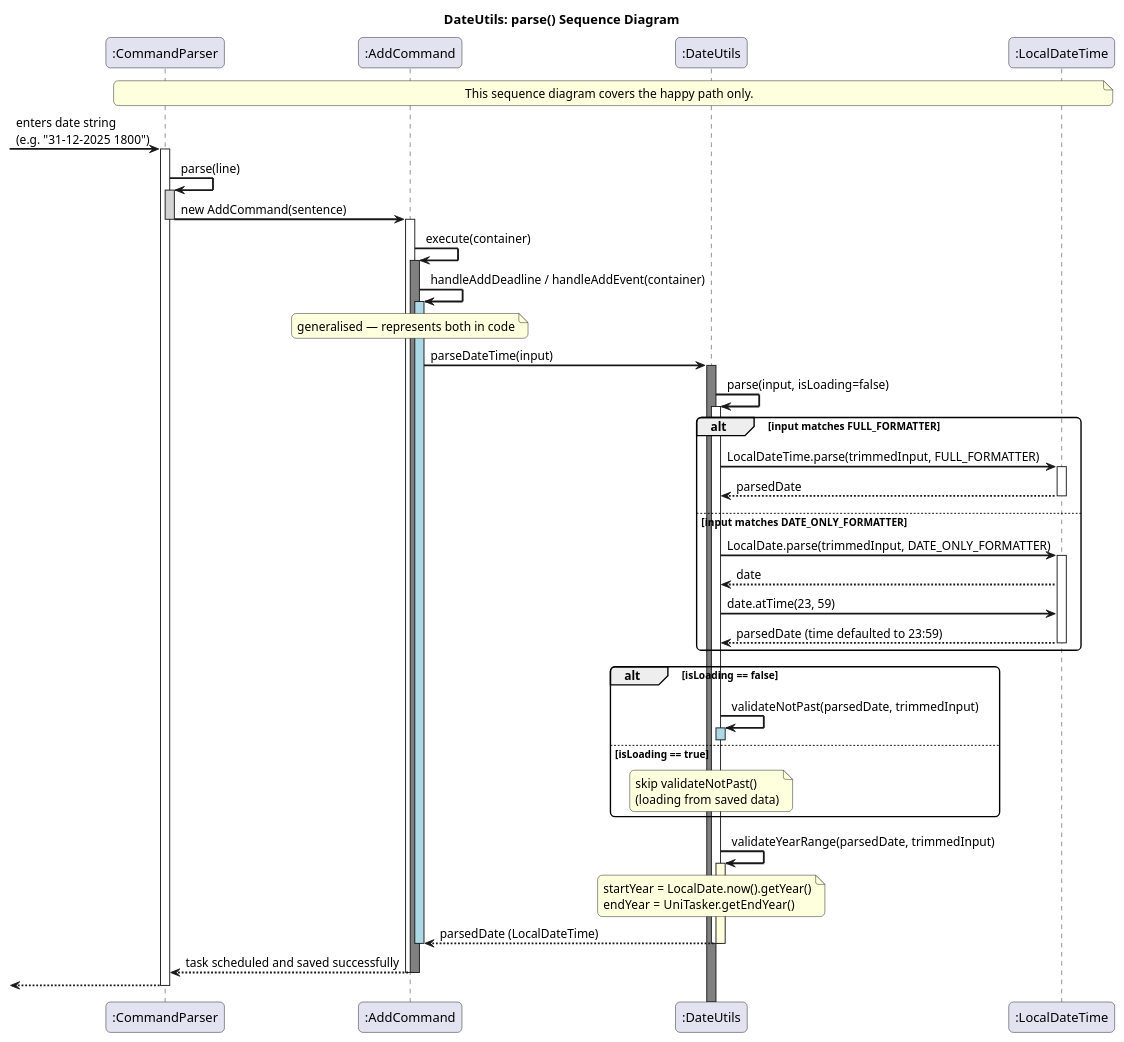
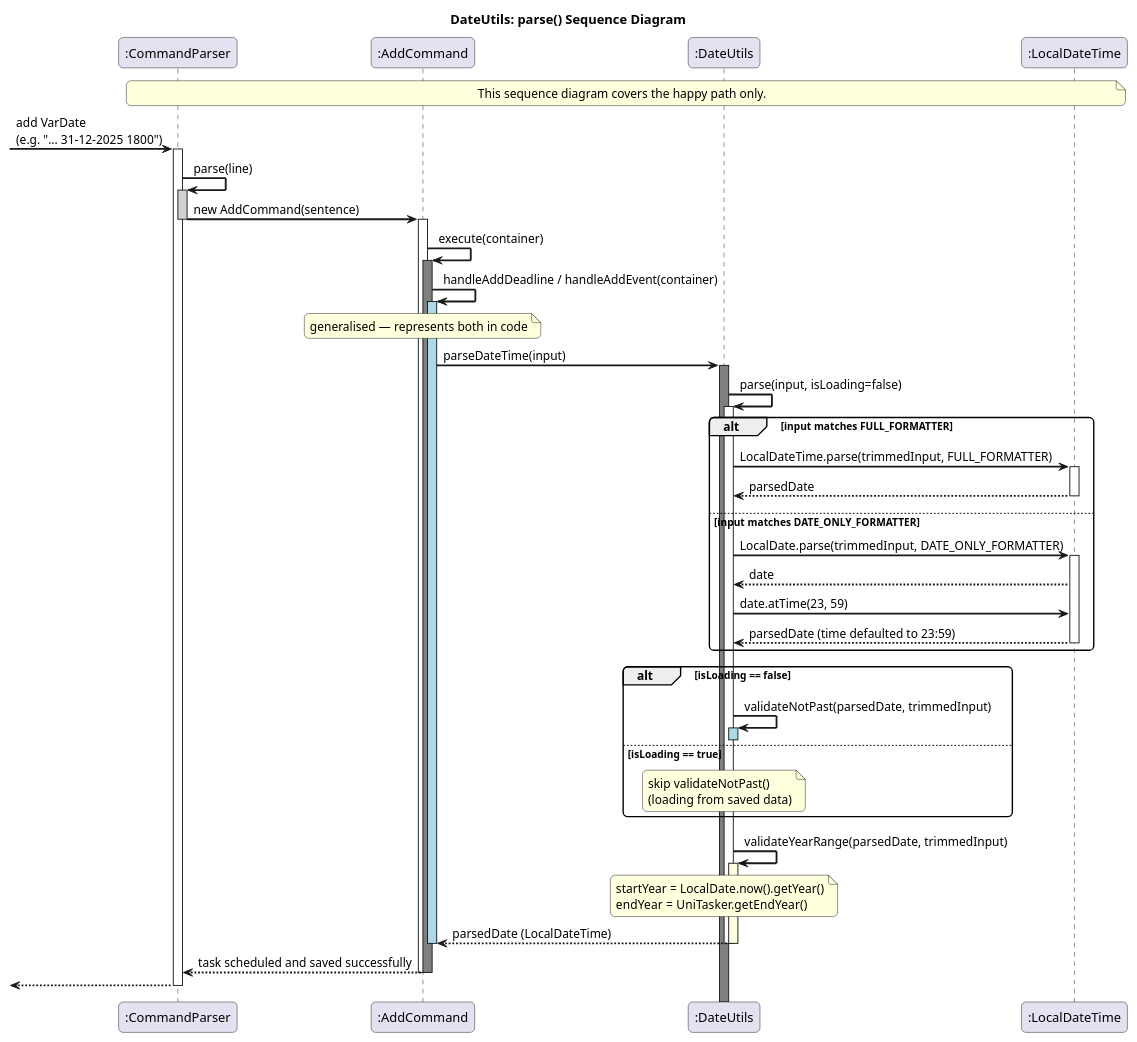
One commit to sushmiithaa/tp changed the diagram in docs/puml/DateUtils.puml. Above: the diagram before and after it, drawn with PlantUML. The commit also changed 4 other files, not shown here.

Commit message:
Updated UML to adhere to standards

```diff
--- a/docs/puml/DateUtils.puml
+++ b/docs/puml/DateUtils.puml
@@ -1,77 +1,78 @@
 @startuml DateUtilsSequenceDiagram
 !pragma teoz true
+
 
 skinparam sequenceArrowThickness 2
 skinparam roundcorner 10
 
 title DateUtils: parse() Sequence Diagram
 
 participant ":CommandParser" as CP
 participant ":AddCommand" as AC
 participant ":DateUtils" as DU
 participant ":LocalDateTime" as LDT
 
 note over CP, LDT : This sequence diagram covers the happy path only.
 
--> CP : enters date string\n(e.g. "31-12-2025 1800")
+-> CP : add VarDate \n(e.g. "... 31-12-2025 1800")
 activate CP
 
 CP -> CP : parse(line)
 activate CP #lightgray
 CP -> AC : new AddCommand(sentence)
 deactivate CP
 
 activate AC
 AC -> AC : execute(container)
 activate AC #gray
 
 AC -> AC : handleAddDeadline / handleAddEvent(container)
 activate AC #lightblue
 note over AC : generalised — represents both in code
 
 AC -> DU : parseDateTime(input)
 activate DU #gray
 
 DU -> DU : parse(input, isLoading=false)
 activate DU #white
 
 alt input matches FULL_FORMATTER
     DU -> LDT : LocalDateTime.parse(trimmedInput, FULL_FORMATTER)
     activate LDT
     LDT --> DU : parsedDate
     deactivate LDT
 
 else input matches DATE_ONLY_FORMATTER
     DU -> LDT : LocalDate.parse(trimmedInput, DATE_ONLY_FORMATTER)
     activate LDT
     LDT --> DU : date
     DU -> LDT : date.atTime(23, 59)
     LDT --> DU : parsedDate (time defaulted to 23:59)
     deactivate LDT
 end
 
 alt isLoading == false
     DU -> DU : validateNotPast(parsedDate, trimmedInput)
     activate DU #lightblue
     deactivate DU
 
 else isLoading == true
     note over DU : skip validateNotPast()\n(loading from saved data)
 end
 
 DU -> DU : validateYearRange(parsedDate, trimmedInput)
 activate DU #lightyellow
 note over DU : startYear = LocalDate.now().getYear()\nendYear = UniTasker.getEndYear()
 
 DU --> AC : parsedDate (LocalDateTime)
 deactivate DU
 deactivate DU
 deactivate AC
 AC --> CP: task scheduled and saved successfully
 deactivate AC
 deactivate AC
 <-- CP:
 
 deactivate CP
 
 @enduml
```
